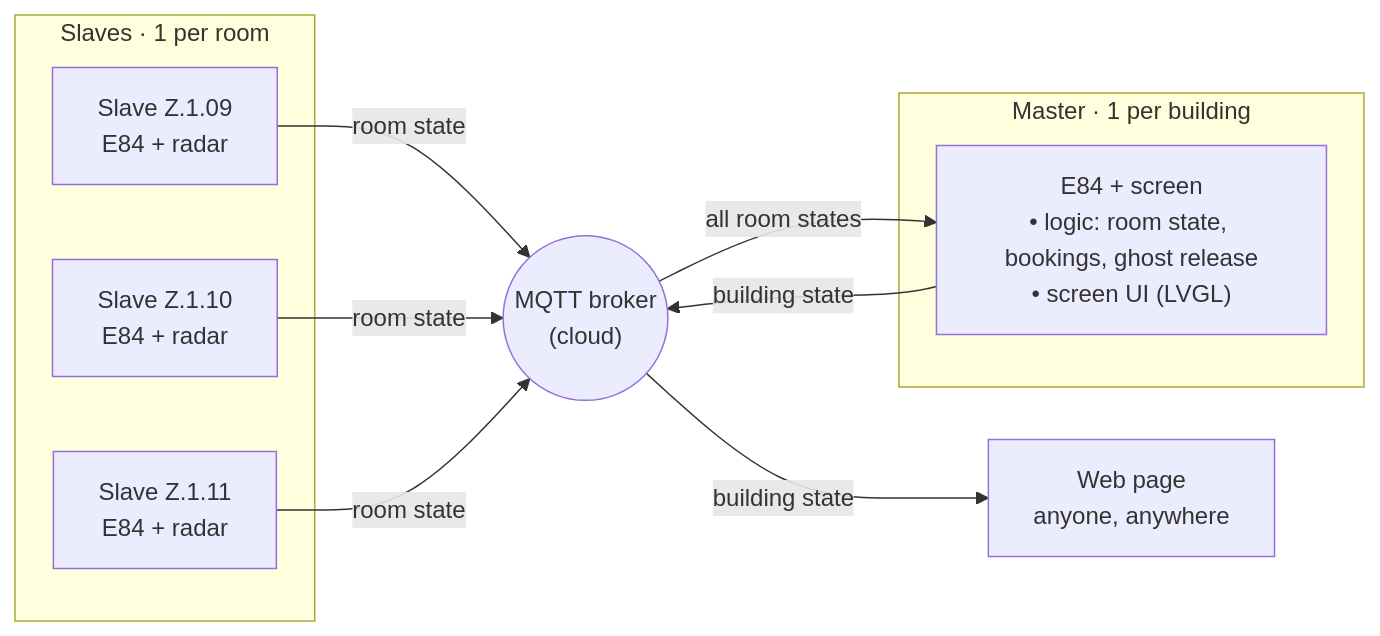
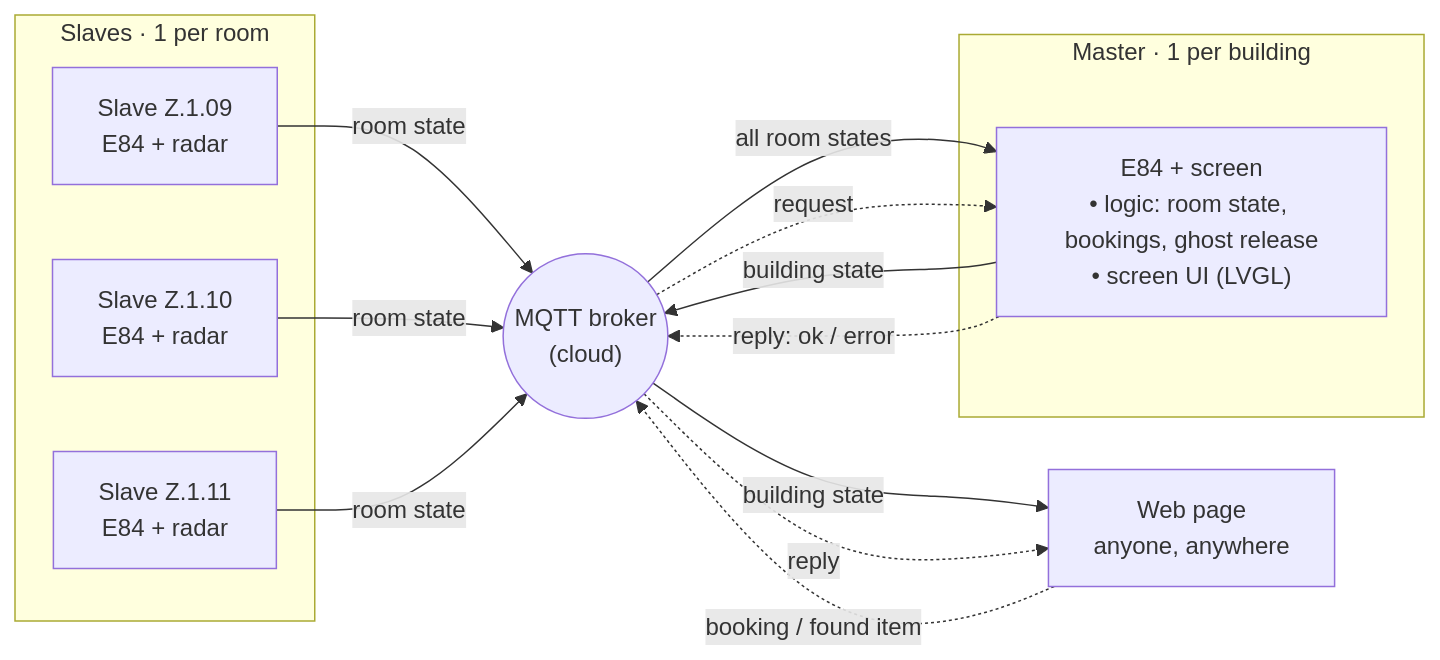
Before and after one commit to NadaAbbas444/inhabitx: the first of 4 diagrams in README.md, drawn with Mermaid. The commit also changed other lines of this file and 4 other files, not shown here.

````diff
--- a/README.md
+++ b/README.md
@@ -23,23 +24,27 @@
 ```mermaid
 flowchart LR
     subgraph ROOMS["Slaves · 1 per room"]
         S1["Slave Z.1.09<br/>E84 + radar"]
         S2["Slave Z.1.10<br/>E84 + radar"]
         S3["Slave Z.1.11<br/>E84 + radar"]
     end
 
     B(("MQTT broker<br/>(cloud)"))
 
     subgraph BUILDING["Master · 1 per building"]
         M["E84 + screen<br/>• logic: room state, bookings, ghost release<br/>• screen UI (LVGL)"]
     end
 
     W["Web page<br/>anyone, anywhere"]
 
     S1 -- "room state" --> B
     S2 -- "room state" --> B
     S3 -- "room state" --> B
     B -- "all room states" --> M
     M -- "building state" --> B
     B -- "building state" --> W
+    W -. "booking / found item" .-> B
+    B -. "request" .-> M
+    M -. "reply: ok / error" .-> B
+    B -. "reply" .-> W
 ```
````
